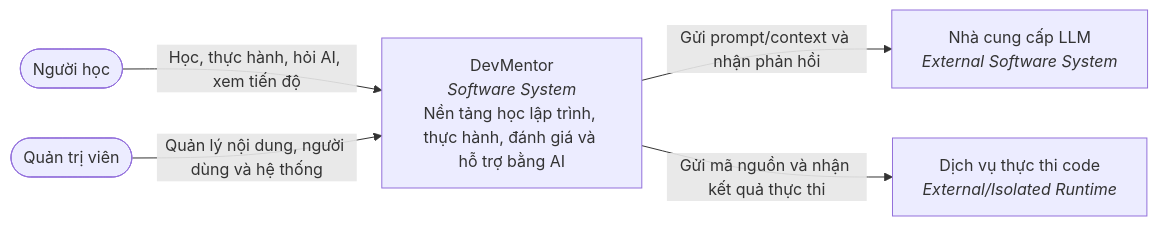
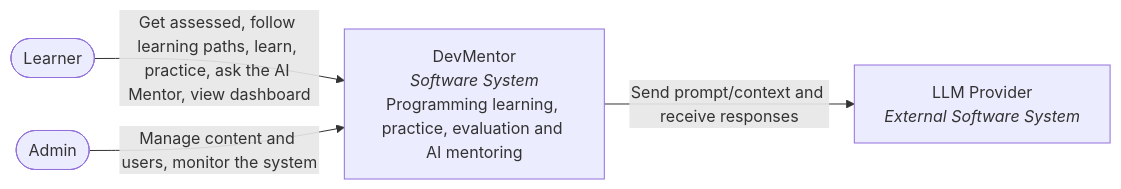
One commit to tiu42/DevMentor changed the fourth of 7 diagrams in README.md. Above: the diagram before and after it, drawn with Mermaid. The commit also changed other lines of this file and 18 other files, not shown here.

````diff
--- a/README.md
+++ b/README.md
@@ -323,14 +443,12 @@
 ``` mermaid
 flowchart LR
-    learner(["Người học"])
-    admin(["Quản trị viên"])
-    llm["Nhà cung cấp LLM<br/><i>External Software System</i>"]
-    runtime["Dịch vụ thực thi code<br/><i>External/Isolated Runtime</i>"]
+    learner(["Learner"])
+    admin(["Admin"])
+    llm["LLM Provider<br/><i>External Software System</i>"]
 
-    system["DevMentor<br/><i>Software System</i><br/>Nền tảng học lập trình, thực hành, đánh giá và hỗ trợ bằng AI"]
+    system["DevMentor<br/><i>Software System</i><br/>Programming learning, practice, evaluation and AI mentoring"]
 
-    learner -->|"Học, thực hành, hỏi AI, xem tiến độ"| system
-    admin -->|"Quản lý nội dung, người dùng và hệ thống"| system
-    system -->|"Gửi prompt/context và nhận phản hồi"| llm
-    system -->|"Gửi mã nguồn và nhận kết quả thực thi"| runtime
+    learner -->|"Get assessed, follow learning paths, learn, practice, ask the AI Mentor, view dashboard"| system
+    admin -->|"Manage content and users, monitor the system"| system
+    system -->|"Send prompt/context and receive responses"| llm
 ```
````
